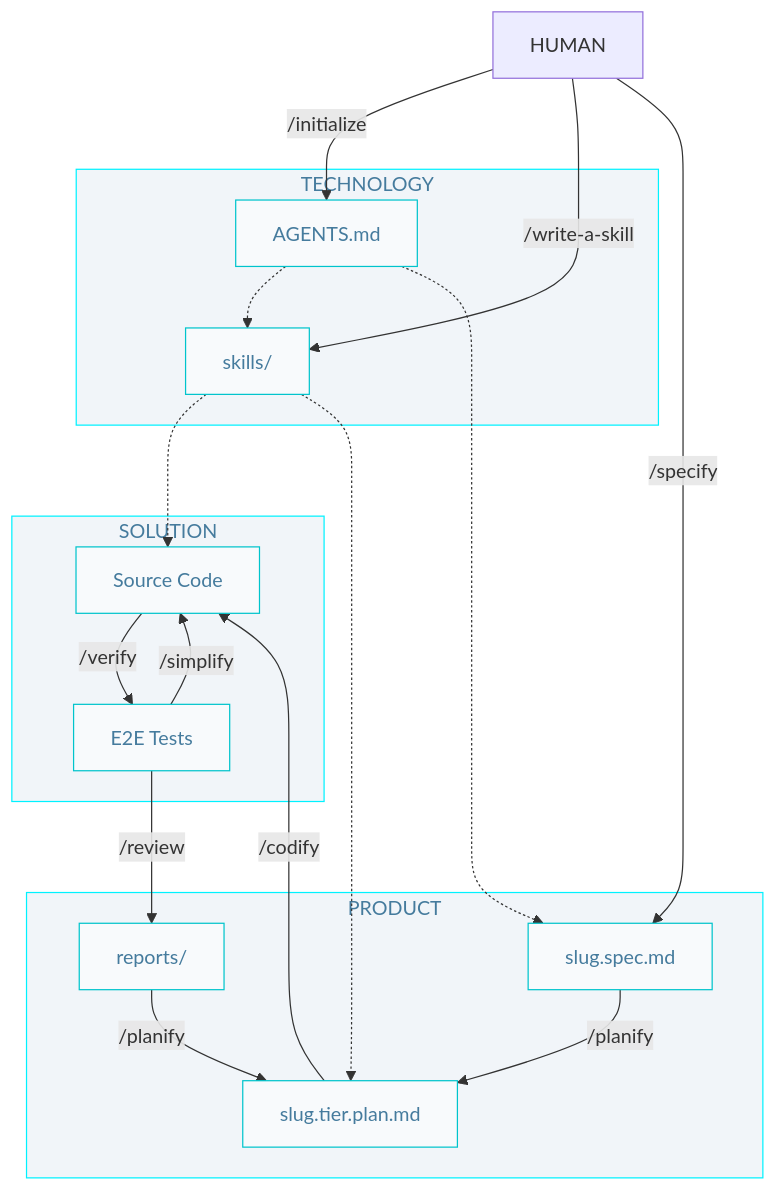
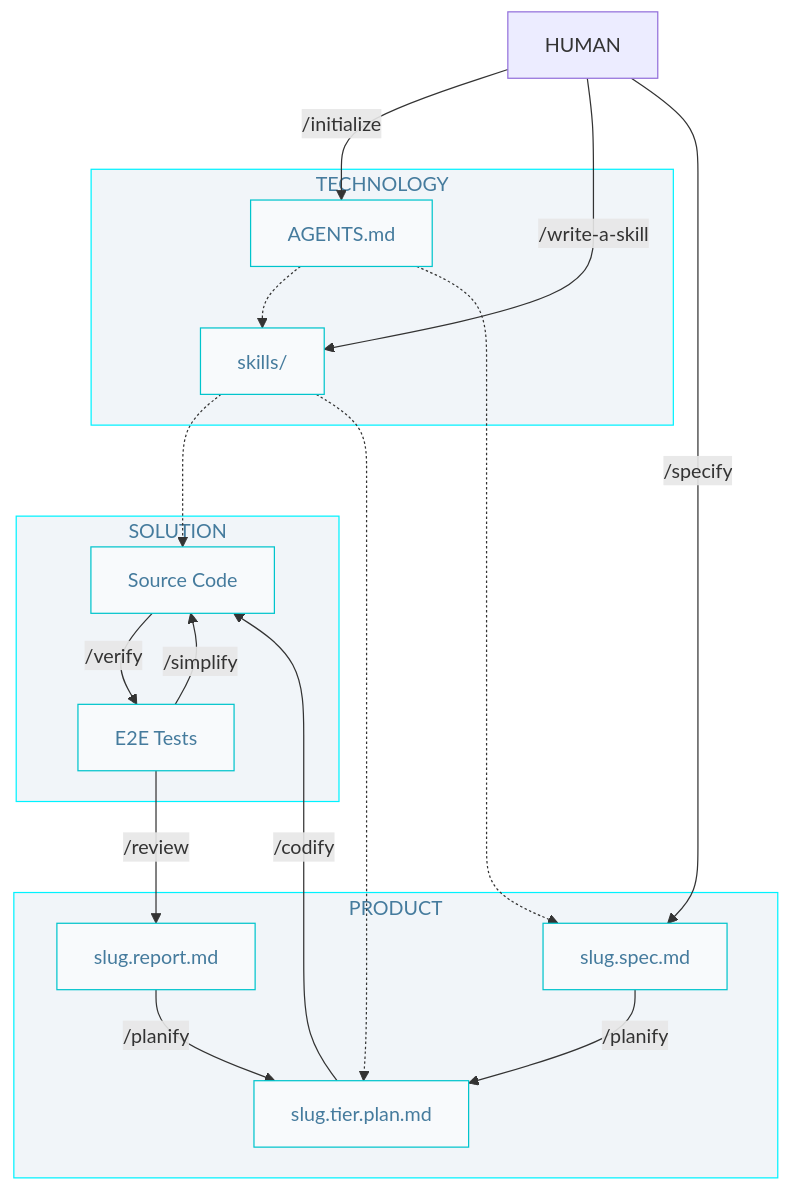
The diagram in docs/AIDD.workflow.md (AIDDbot/AIDDbot), drawn with Mermaid before and after one commit. The commit also changed other lines of this file, not shown here.

Commit message:
fic: report name in diagram

````diff
--- a/docs/AIDD.workflow.md
+++ b/docs/AIDD.workflow.md
@@ -3,39 +3,39 @@
 ```mermaid
 flowchart TD
   classDef nd fill:#f8fafc,stroke:#00c4cc,color:#457b9d
   classDef sg fill:#f1f5f9,stroke:#00f2ff,color:#457b9d 
 
   HUM[HUMAN]
 
   subgraph P["PRODUCT"]
       SPC["slug.spec.md"]:::nd
       PLN["slug.tier.plan.md"]:::nd
-      RPT["reports/"]:::nd
+      RPT["slug.report.md"]:::nd
   end
 
   subgraph T["TECHNOLOGY"]
       AGT["AGENTS.md"]:::nd
       SKL["skills/"]:::nd
   end  
 
   subgraph S["SOLUTION"]
       COD[Source Code]:::nd
       E2E["E2E Tests"]:::nd
   end
 
   HUM -->|/initialize| AGT
   HUM -->|/write-a-skill| SKL
   HUM -->|/specify| SPC
   RPT -->|/planify| PLN
   AGT -.-> SKL
-  AGT -.-> SPC
+  AGT -.-> SPC  
   SKL -.-> COD  
   SKL -.-> PLN
   SPC -->|/planify| PLN
   PLN -->|/codify| COD
   COD -->|/verify| E2E
   E2E -->|/simplify| COD
   E2E -->|/review| RPT
 
   class P,T,S sg
 ```
````
